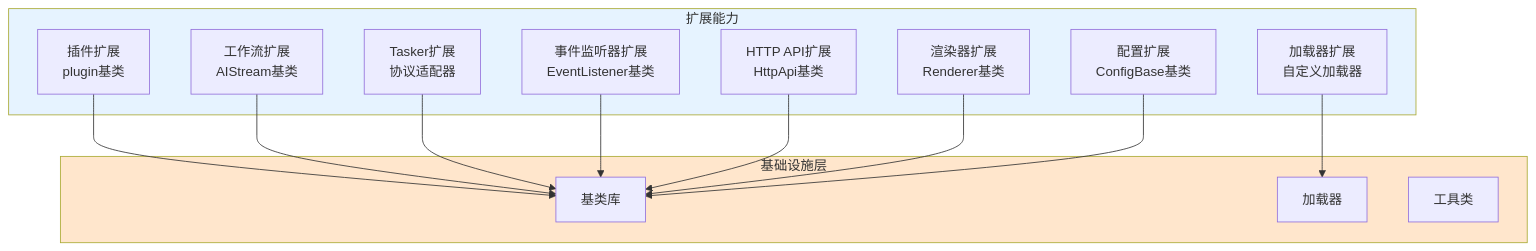
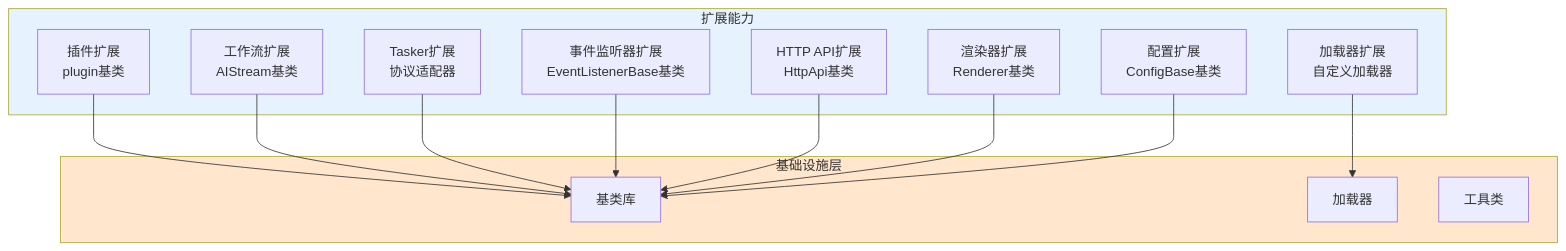
The first of 9 diagrams in docs/框架可扩展性指南.md (sunflowermm/XRK-AGT), drawn with Mermaid before and after one commit. The commit also changed other lines of this file and 27 other files, not shown here.

````diff
--- a/docs/框架可扩展性指南.md
+++ b/docs/框架可扩展性指南.md
@@ -35,31 +35,31 @@
 ```mermaid
 flowchart TB
     subgraph Extension["扩展能力"]
         A["插件扩展<br/>plugin基类"]
         B["工作流扩展<br/>AIStream基类"]
         C["Tasker扩展<br/>协议适配器"]
-        D["事件监听器扩展<br/>EventListener基类"]
+        D["事件监听器扩展<br/>EventListenerBase基类"]
         E["HTTP API扩展<br/>HttpApi基类"]
         F["渲染器扩展<br/>Renderer基类"]
         G["配置扩展<br/>ConfigBase基类"]
         H["加载器扩展<br/>自定义加载器"]
     end
     
     subgraph Infrastructure["基础设施层"]
         I["基类库"]
         J["加载器"]
         K["工具类"]
     end
     
     A --> I
     B --> I
     C --> I
     D --> I
     E --> I
     F --> I
     G --> I
     H --> J
     
     style Extension fill:#E6F3FF
     style Infrastructure fill:#FFE6CC
 ```
````
